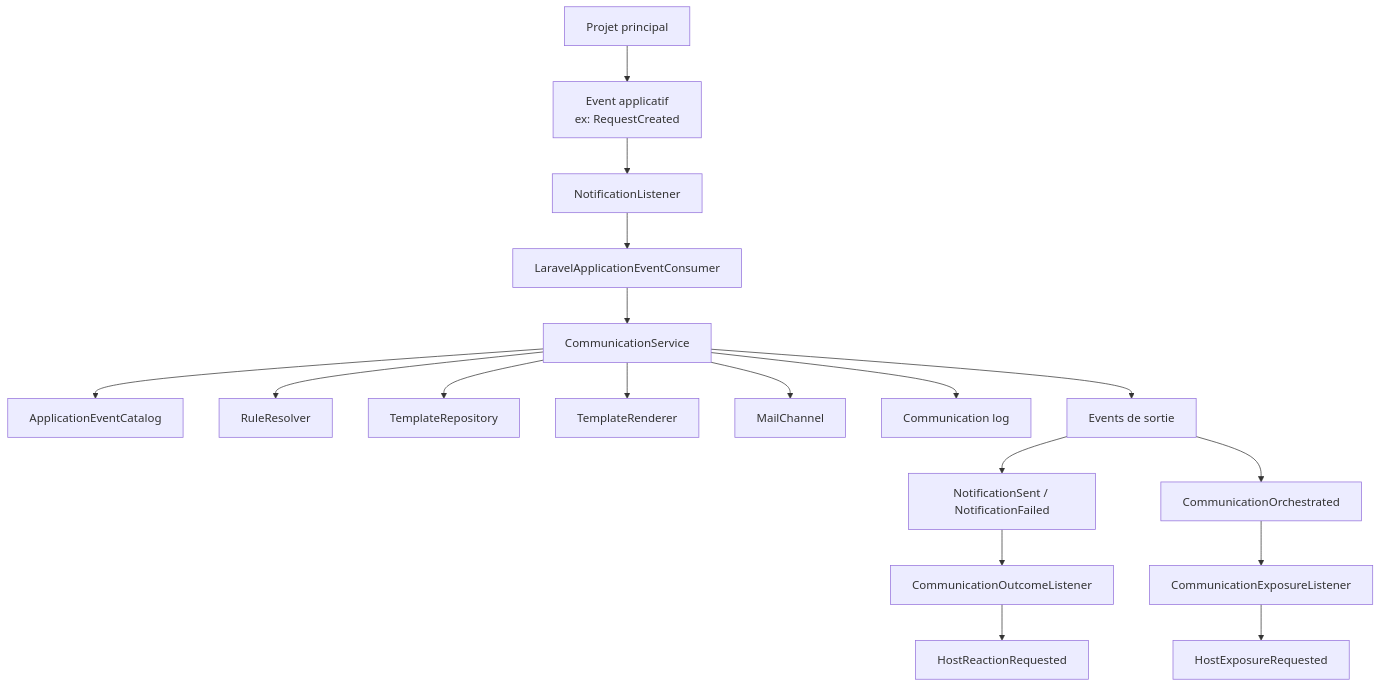
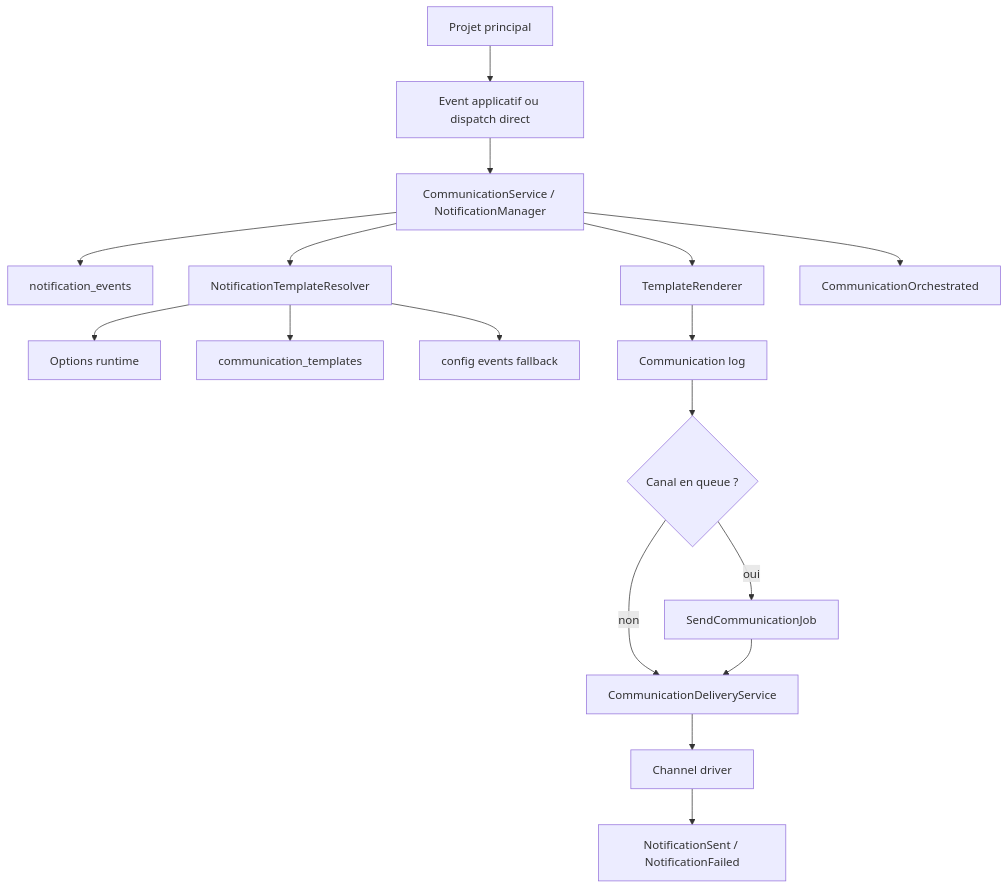
Before and after one commit to Alex-Saba/notificationmanager: the first of 7 diagrams in docs/DIAGRAMS.md, drawn with Mermaid. The commit also changed other lines of this file and 5 other files, not shown here.

````diff
--- a/docs/DIAGRAMS.md
+++ b/docs/DIAGRAMS.md
@@ -7,22 +7,19 @@
 ```mermaid
 flowchart TD
-    A["Projet principal"] --> B["Event applicatif
-    ex: RequestCreated"]
-    B --> C["NotificationListener"]
-    C --> D["LaravelApplicationEventConsumer"]
-    D --> E["CommunicationService"]
-    E --> F["ApplicationEventCatalog"]
-    E --> G["RuleResolver"]
-    E --> H["TemplateRepository"]
-    E --> I["TemplateRenderer"]
-    E --> J["MailChannel"]
-    E --> K["Communication log"]
-    E --> L["Events de sortie"]
-
-    L --> M["NotificationSent / NotificationFailed"]
-    L --> N["CommunicationOrchestrated"]
-    M --> O["CommunicationOutcomeListener"]
-    N --> P["CommunicationExposureListener"]
-    O --> Q["HostReactionRequested"]
-    P --> R["HostExposureRequested"]
+    A["Projet principal"] --> B["Event applicatif ou dispatch direct"]
+    B --> C["CommunicationService / NotificationManager"]
+    C --> D["notification_events"]
+    C --> E["NotificationTemplateResolver"]
+    E --> F["Options runtime"]
+    E --> G["communication_templates"]
+    E --> H["config events fallback"]
+    C --> I["TemplateRenderer"]
+    I --> J["Communication log"]
+    J --> K{"Canal en queue ?"}
+    K -->|oui| L["SendCommunicationJob"]
+    K -->|non| M["CommunicationDeliveryService"]
+    L --> M
+    M --> N["Channel driver"]
+    N --> O["NotificationSent / NotificationFailed"]
+    C --> P["CommunicationOrchestrated"]
 ```
````
